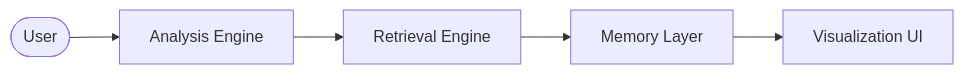
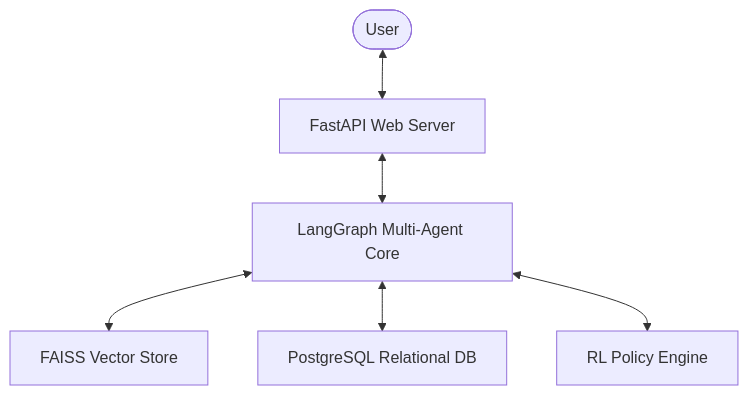
The diagram in README.md (Yuyutsu01/ResearchMind), drawn with Mermaid before and after one commit. The commit also changed other lines of this file, not shown here.

````diff
--- a/README.md
+++ b/README.md
@@ -45,7 +40,8 @@
 ```mermaid
-graph LR
-    User([User]) --> AE[Analysis Engine]
-    AE --> Ret[Retrieval Engine]
-    Ret --> Mem[Memory Layer]
-    Mem --> Vis[Visualization UI]
+graph TD
+    User([User]) <--> API[FastAPI Web Server]
+    API <--> Agents[LangGraph Multi-Agent Core]
+    Agents <--> RAG[FAISS Vector Store]
+    Agents <--> DB[PostgreSQL Relational DB]
+    Agents <--> RL[RL Policy Engine]
 ```
````
